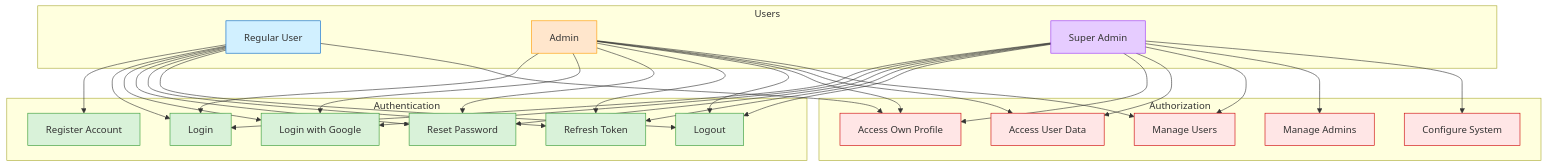
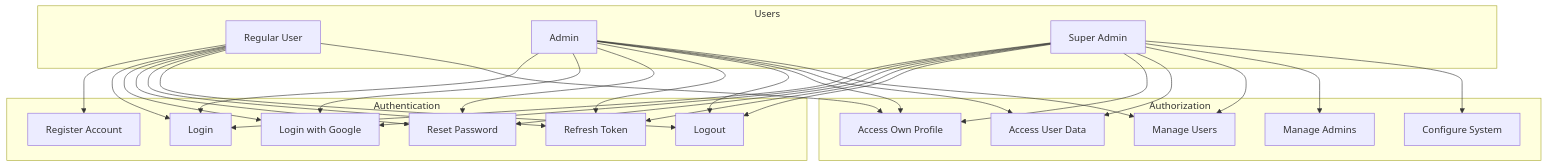
The first of 4 diagrams in Documentation/Auth.md (fares1919-ltrch/Backend-stage), drawn with Mermaid before and after one commit. The commit also changed 20 other files, not shown here.

````diff
--- a/Documentation/Auth.md
+++ b/Documentation/Auth.md
@@ -17,65 +17,61 @@
 ```mermaid
 graph TD
     subgraph Users
         User[Regular User]
         Admin[Admin]
         SuperAdmin[Super Admin]
     end
 
     subgraph Authentication
         Register[Register Account]
         Login[Login]
         GoogleLogin[Login with Google]
         ForgotPassword[Reset Password]
         RefreshToken[Refresh Token]
         Logout[Logout]
     end
 
     subgraph Authorization
         AccessOwnProfile[Access Own Profile]
         AccessUserData[Access User Data]
         ManageUsers[Manage Users]
         ManageAdmins[Manage Admins]
         ConfigureSystem[Configure System]
     end
 
     User --> Register
     User --> Login
     User --> GoogleLogin
     User --> ForgotPassword
     User --> RefreshToken
     User --> Logout
     User --> AccessOwnProfile
 
     Admin --> Login
     Admin --> GoogleLogin
     Admin --> ForgotPassword
     Admin --> RefreshToken
     Admin --> Logout
     Admin --> AccessOwnProfile
     Admin --> AccessUserData
     Admin --> ManageUsers
 
     SuperAdmin --> Login
     SuperAdmin --> GoogleLogin
     SuperAdmin --> ForgotPassword
     SuperAdmin --> RefreshToken
     SuperAdmin --> Logout
     SuperAdmin --> AccessOwnProfile
     SuperAdmin --> AccessUserData
     SuperAdmin --> ManageUsers
     SuperAdmin --> ManageAdmins
     SuperAdmin --> ConfigureSystem
 
-    classDef user fill:#d1f0ff,stroke:#0066cc
-    classDef admin fill:#ffe6cc,stroke:#ff9900
-    classDef superadmin fill:#e6ccff,stroke:#9933ff
-    classDef auth fill:#d9f2d9,stroke:#339933
-    classDef authz fill:#ffe6e6,stroke:#cc0000
+
 
     class User user
     class Admin admin
     class SuperAdmin superadmin
     class Register,Login,GoogleLogin,ForgotPassword,RefreshToken,Logout auth
     class AccessOwnProfile,AccessUserData,ManageUsers,ManageAdmins,ConfigureSystem authz
 ```
````
